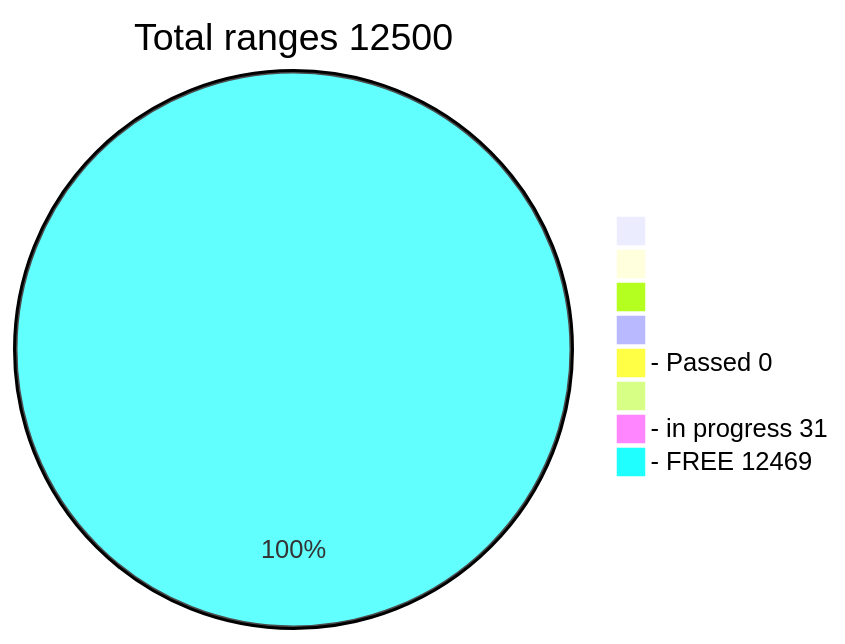
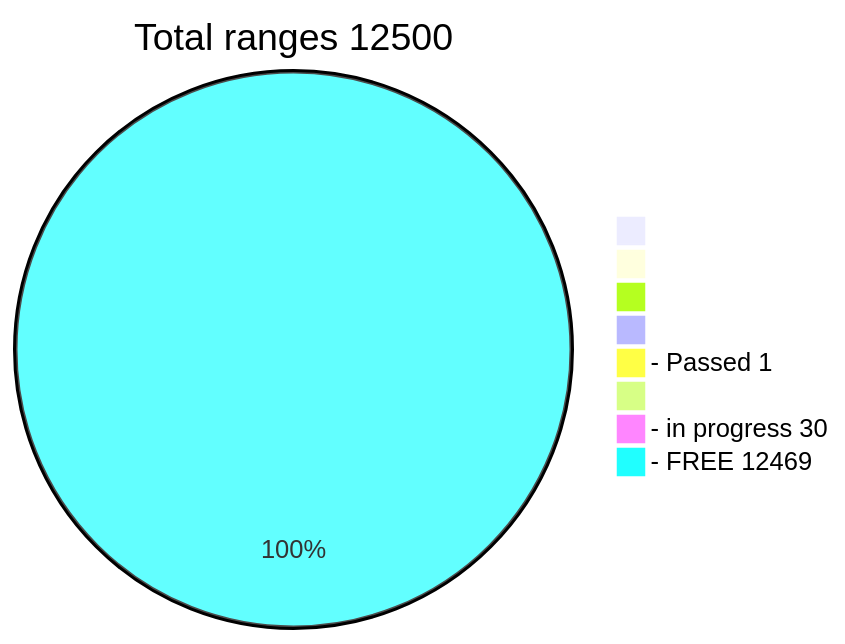
The diagram in README.md (phrutis/Passphrases), drawn with Mermaid before and after one commit.

````diff
--- a/README.md
+++ b/README.md
@@ -3,12 +3,12 @@
 ```mermaid
 pie title Total ranges 12500
              " " : 0
             "  " : 0
            "   " : 0
           "    " : 0
-  "- Passed 0" : 0
+  "- Passed 1" : 1
          "     " : 0
-  "- in progress 31" : 31
+  "- in progress 30" : 30
    "- FREE 12469" : 12469
    
 ```
````
